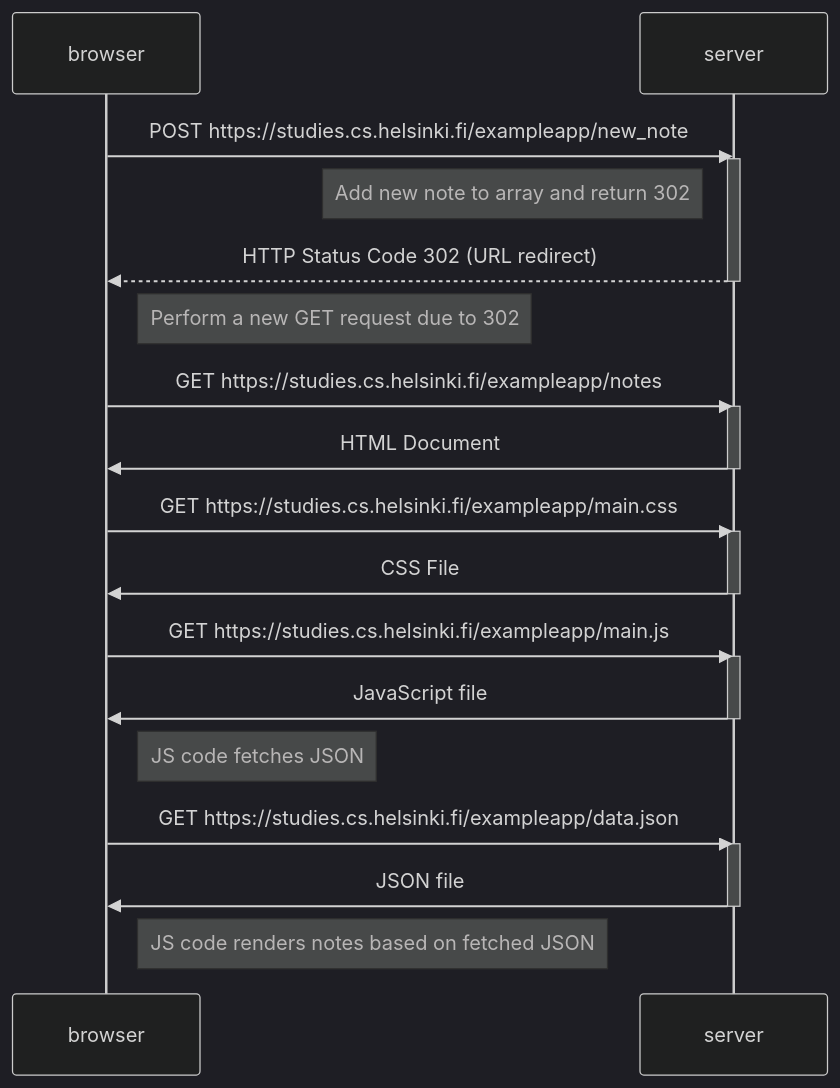
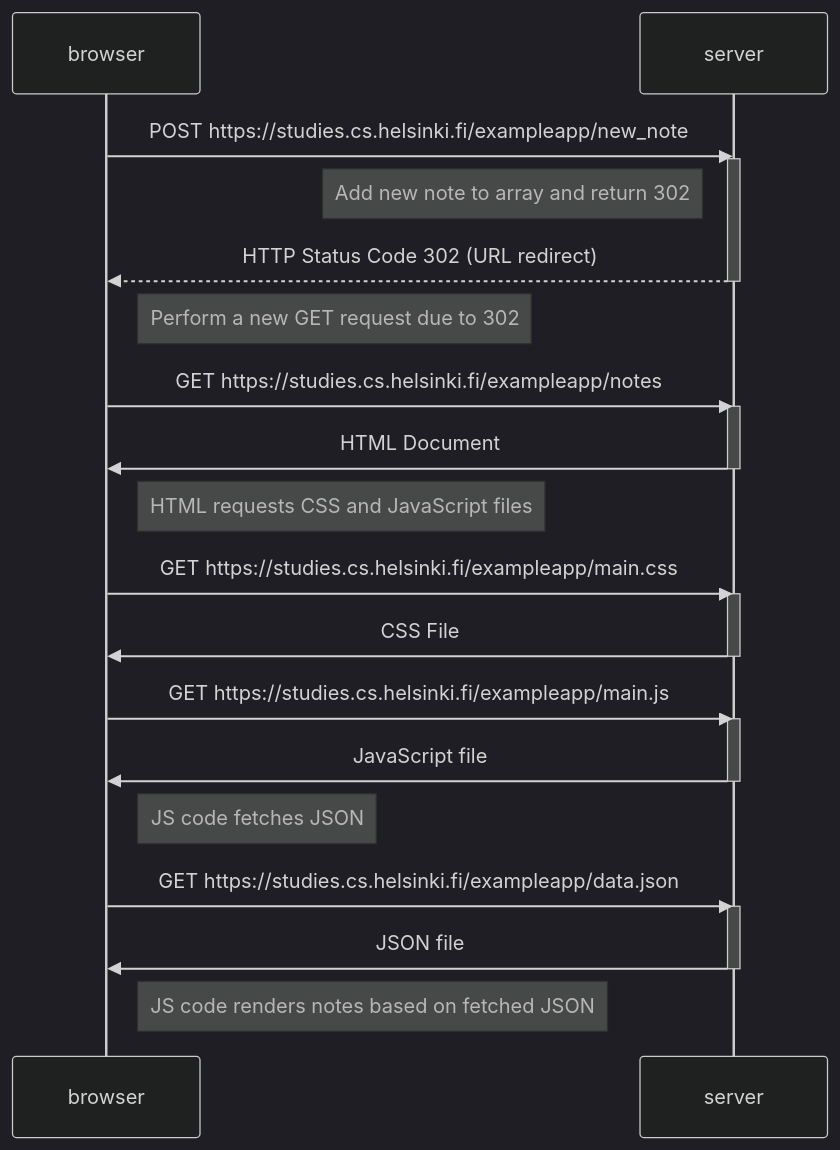
The diagram in part0/0.4/new_note_diagram.md (HarryHung/full-stack-open), drawn with Mermaid (dark theme) before and after one commit.

Commit message:
Add details

````diff
--- a/part0/0.4/new_note_diagram.md
+++ b/part0/0.4/new_note_diagram.md
@@ -1,36 +1,37 @@
 ```mermaid
 sequenceDiagram
     participant browser
     participant server
 
     browser->>server: POST https://studies.cs.helsinki.fi/exampleapp/new_note
     activate server
     Note left of server: Add new note to array and return 302
     server-->>browser: HTTP Status Code 302 (URL redirect)
     deactivate server
     Note right of browser: Perform a new GET request due to 302
 
     browser->>server: GET https://studies.cs.helsinki.fi/exampleapp/notes
     activate server
     server->>browser: HTML Document
     deactivate server
+    Note right of browser: HTML requests CSS and JavaScript files
 
     browser->>server: GET https://studies.cs.helsinki.fi/exampleapp/main.css
     activate server
     server->>browser: CSS File
     deactivate server
 
     browser->>server: GET https://studies.cs.helsinki.fi/exampleapp/main.js
     activate server
     server->>browser: JavaScript file
     deactivate server
 
     Note right of browser: JS code fetches JSON
 
     browser->>server: GET https://studies.cs.helsinki.fi/exampleapp/data.json
     activate server
     server->>browser: JSON file
     deactivate server
 
     Note right of browser: JS code renders notes based on fetched JSON
 ```
````
